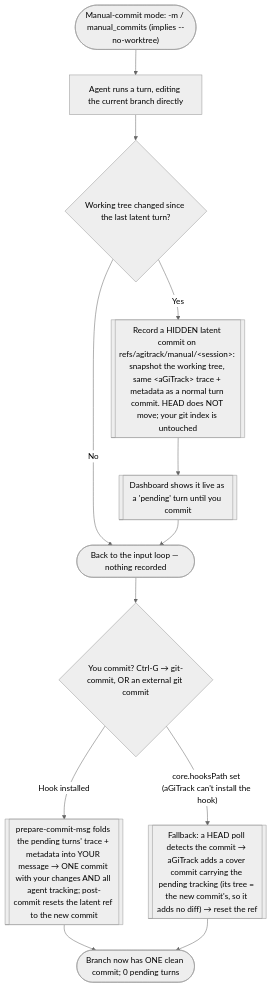
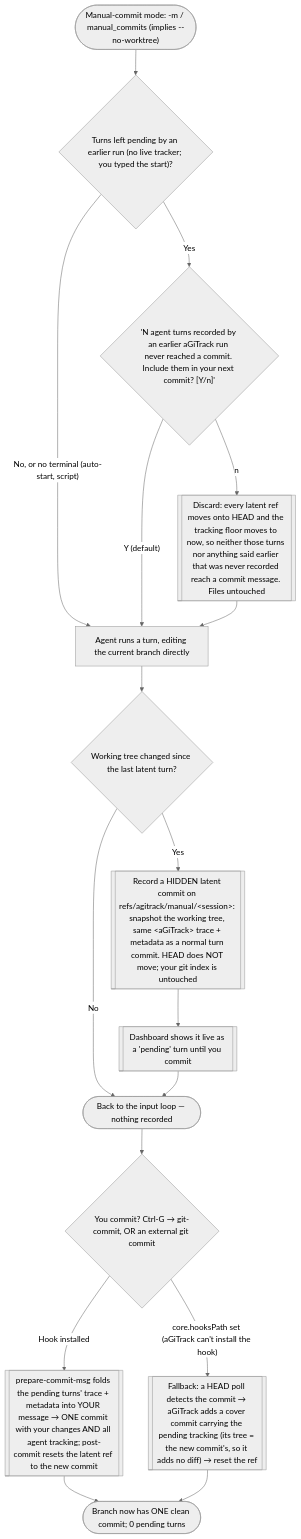
Before and after one commit to core-aix/agitrack: the fifth of 23 diagrams in docs/user-flow.md, drawn with Mermaid (neutral theme). The commit also changed other lines of this file and 7 other files, not shown here.

First line of the commit message:
<aGiTrack> Manual-commit mode now prompts to keep or discard leftover turns.

````diff
--- a/docs/user-flow.md
+++ b/docs/user-flow.md
@@ -190,15 +190,20 @@
 ```mermaid
 flowchart TD
-  s(["Manual-commit mode: -m / manual_commits (implies --no-worktree)"]) --> turn["Agent runs a turn, editing the current branch directly"]
+  s(["Manual-commit mode: -m / manual_commits (implies --no-worktree)"]) --> left{"Turns left pending by an earlier run (no live tracker; you typed the start)?"}
+  left -->|"No, or no terminal (auto-start, script)"| turn["Agent runs a turn, editing the current branch directly"]
+  left -->|Yes| ask{"'N agent turns recorded by an earlier aGiTrack run never reached a commit. Include them in your next commit? [Y/n]'"}
+  ask -->|"Y (default)"| turn
+  ask -->|n| discard[["Discard: every latent ref moves onto HEAD and the tracking floor moves to now, so neither those turns nor anything said earlier that was never recorded reach a commit message. Files untouched"]]
+  discard --> turn
   turn --> changed{"Working tree changed since the last latent turn?"}
   changed -->|No| loopb(["Back to the input loop — nothing recorded"])
   changed -->|Yes| latent[["Record a HIDDEN latent commit on refs/agitrack/manual/&lt;session&gt;: snapshot the working tree, same &lt;aGiTrack&gt; trace + metadata as a normal turn commit. HEAD does NOT move; your git index is untouched"]]
   latent --> dash[["Dashboard shows it live as a 'pending' turn until you commit"]]
   dash --> loopb
 
   loopb --> uc{"You commit? Ctrl-G → git-commit, OR an external git commit"}
   uc -->|Hook installed| fold[["prepare-commit-msg folds the pending turns' trace + metadata into YOUR message → ONE commit with your changes AND all agent tracking; post-commit resets the latent ref to the new commit"]]
   uc -->|"core.hooksPath set (aGiTrack can't install the hook)"| cover[["Fallback: a HEAD poll detects the commit → aGiTrack adds a cover commit carrying the pending tracking (its tree = the new commit's, so it adds no diff) → reset the ref"]]
   fold --> clean(["Branch now has ONE clean commit; 0 pending turns"])
   cover --> clean
 ```
````
